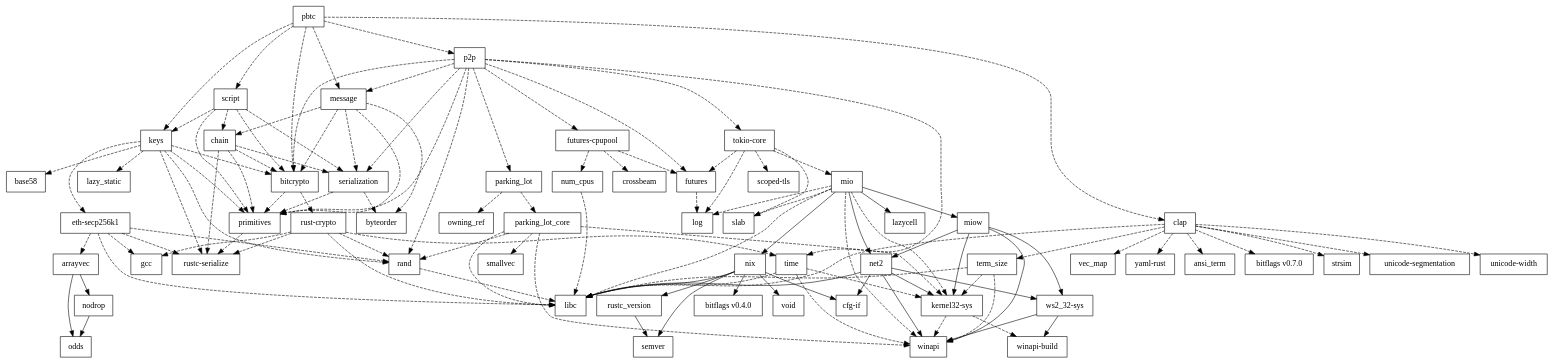
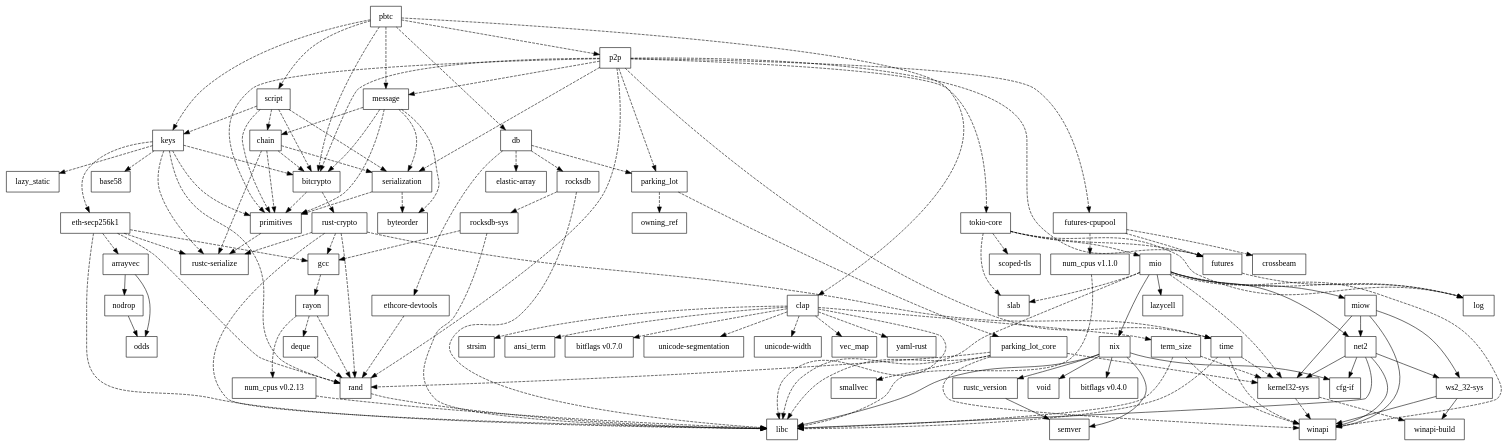
Before and after one commit to paritytech/parity-bitcoin: the diagram in tools/graph.dot, drawn with Graphviz. The commit also changed 1 other file, not shown here.

Commit message:
updated dependency graph

```diff
--- a/tools/graph.dot
+++ b/tools/graph.dot
@@ -1,176 +1,200 @@
 digraph dependencies {
 	N0[label="pbtc",shape=box];
 	N1[label="bitcrypto",shape=box];
 	N2[label="clap",shape=box];
-	N3[label="keys",shape=box];
-	N4[label="message",shape=box];
-	N5[label="p2p",shape=box];
-	N6[label="script",shape=box];
-	N7[label="ansi_term",shape=box];
-	N8[label="arrayvec",shape=box];
-	N9[label="nodrop",shape=box];
-	N10[label="odds",shape=box];
-	N11[label="base58",shape=box];
-	N12[label="primitives",shape=box];
-	N13[label="rust-crypto",shape=box];
-	N14[label="bitflags v0.4.0",shape=box];
-	N15[label="bitflags v0.7.0",shape=box];
-	N16[label="byteorder",shape=box];
-	N17[label="cfg-if",shape=box];
-	N18[label="chain",shape=box];
-	N19[label="rustc-serialize",shape=box];
-	N20[label="serialization",shape=box];
-	N21[label="libc",shape=box];
-	N22[label="strsim",shape=box];
-	N23[label="term_size",shape=box];
-	N24[label="unicode-segmentation",shape=box];
-	N25[label="unicode-width",shape=box];
-	N26[label="vec_map",shape=box];
-	N27[label="yaml-rust",shape=box];
-	N28[label="crossbeam",shape=box];
-	N29[label="eth-secp256k1",shape=box];
-	N30[label="gcc",shape=box];
-	N31[label="rand",shape=box];
-	N32[label="futures",shape=box];
-	N33[label="log",shape=box];
-	N34[label="futures-cpupool",shape=box];
-	N35[label="num_cpus",shape=box];
-	N36[label="kernel32-sys",shape=box];
-	N37[label="winapi",shape=box];
-	N38[label="winapi-build",shape=box];
-	N39[label="lazy_static",shape=box];
-	N40[label="lazycell",shape=box];
-	N41[label="mio",shape=box];
-	N42[label="miow",shape=box];
-	N43[label="net2",shape=box];
-	N44[label="nix",shape=box];
-	N45[label="slab",shape=box];
-	N46[label="ws2_32-sys",shape=box];
-	N47[label="rustc_version",shape=box];
-	N48[label="semver",shape=box];
-	N49[label="void",shape=box];
-	N50[label="owning_ref",shape=box];
-	N51[label="parking_lot",shape=box];
-	N52[label="time",shape=box];
-	N53[label="tokio-core",shape=box];
-	N54[label="parking_lot_core",shape=box];
-	N55[label="smallvec",shape=box];
-	N56[label="scoped-tls",shape=box];
+	N3[label="db",shape=box];
+	N4[label="keys",shape=box];
+	N5[label="message",shape=box];
+	N6[label="p2p",shape=box];
+	N7[label="script",shape=box];
+	N8[label="ansi_term",shape=box];
+	N9[label="arrayvec",shape=box];
+	N10[label="nodrop",shape=box];
+	N11[label="odds",shape=box];
+	N12[label="base58",shape=box];
+	N13[label="primitives",shape=box];
+	N14[label="rust-crypto",shape=box];
+	N15[label="bitflags v0.4.0",shape=box];
+	N16[label="bitflags v0.7.0",shape=box];
+	N17[label="byteorder",shape=box];
+	N18[label="cfg-if",shape=box];
+	N19[label="chain",shape=box];
+	N20[label="rustc-serialize",shape=box];
+	N21[label="serialization",shape=box];
+	N22[label="libc",shape=box];
+	N23[label="strsim",shape=box];
+	N24[label="term_size",shape=box];
+	N25[label="unicode-segmentation",shape=box];
+	N26[label="unicode-width",shape=box];
+	N27[label="vec_map",shape=box];
+	N28[label="yaml-rust",shape=box];
+	N29[label="crossbeam",shape=box];
+	N30[label="elastic-array",shape=box];
+	N31[label="ethcore-devtools",shape=box];
+	N32[label="parking_lot",shape=box];
+	N33[label="rocksdb",shape=box];
+	N34[label="deque",shape=box];
+	N35[label="rand",shape=box];
+	N36[label="eth-secp256k1",shape=box];
+	N37[label="gcc",shape=box];
+	N38[label="futures",shape=box];
+	N39[label="log",shape=box];
+	N40[label="futures-cpupool",shape=box];
+	N41[label="num_cpus v1.1.0",shape=box];
+	N42[label="rayon",shape=box];
+	N43[label="kernel32-sys",shape=box];
+	N44[label="winapi",shape=box];
+	N45[label="winapi-build",shape=box];
+	N46[label="lazy_static",shape=box];
+	N47[label="lazycell",shape=box];
+	N48[label="mio",shape=box];
+	N49[label="miow",shape=box];
+	N50[label="net2",shape=box];
+	N51[label="nix",shape=box];
+	N52[label="slab",shape=box];
+	N53[label="ws2_32-sys",shape=box];
+	N54[label="rustc_version",shape=box];
+	N55[label="semver",shape=box];
+	N56[label="void",shape=box];
+	N57[label="num_cpus v0.2.13",shape=box];
+	N58[label="owning_ref",shape=box];
+	N59[label="time",shape=box];
+	N60[label="tokio-core",shape=box];
+	N61[label="parking_lot_core",shape=box];
+	N62[label="smallvec",shape=box];
+	N63[label="rocksdb-sys",shape=box];
+	N64[label="scoped-tls",shape=box];
 	N0 -> N1[label="",style=dashed];
 	N0 -> N2[label="",style=dashed];
 	N0 -> N3[label="",style=dashed];
 	N0 -> N4[label="",style=dashed];
 	N0 -> N5[label="",style=dashed];
 	N0 -> N6[label="",style=dashed];
-	N1 -> N12[label="",style=dashed];
+	N0 -> N7[label="",style=dashed];
 	N1 -> N13[label="",style=dashed];
-	N2 -> N7[label="",style=dashed];
-	N2 -> N15[label="",style=dashed];
-	N2 -> N21[label="",style=dashed];
+	N1 -> N14[label="",style=dashed];
+	N2 -> N8[label="",style=dashed];
+	N2 -> N16[label="",style=dashed];
 	N2 -> N22[label="",style=dashed];
 	N2 -> N23[label="",style=dashed];
 	N2 -> N24[label="",style=dashed];
 	N2 -> N25[label="",style=dashed];
 	N2 -> N26[label="",style=dashed];
 	N2 -> N27[label="",style=dashed];
-	N3 -> N1[label="",style=dashed];
-	N3 -> N11[label="",style=dashed];
-	N3 -> N12[label="",style=dashed];
-	N3 -> N19[label="",style=dashed];
-	N3 -> N29[label="",style=dashed];
+	N2 -> N28[label="",style=dashed];
+	N3 -> N30[label="",style=dashed];
 	N3 -> N31[label="",style=dashed];
-	N3 -> N39[label="",style=dashed];
+	N3 -> N32[label="",style=dashed];
+	N3 -> N33[label="",style=dashed];
 	N4 -> N1[label="",style=dashed];
 	N4 -> N12[label="",style=dashed];
-	N4 -> N16[label="",style=dashed];
-	N4 -> N18[label="",style=dashed];
+	N4 -> N13[label="",style=dashed];
 	N4 -> N20[label="",style=dashed];
+	N4 -> N35[label="",style=dashed];
+	N4 -> N36[label="",style=dashed];
+	N4 -> N46[label="",style=dashed];
 	N5 -> N1[label="",style=dashed];
-	N5 -> N4[label="",style=dashed];
-	N5 -> N12[label="",style=dashed];
-	N5 -> N20[label="",style=dashed];
-	N5 -> N31[label="",style=dashed];
-	N5 -> N32[label="",style=dashed];
-	N5 -> N34[label="",style=dashed];
-	N5 -> N51[label="",style=dashed];
-	N5 -> N52[label="",style=dashed];
-	N5 -> N53[label="",style=dashed];
+	N5 -> N13[label="",style=dashed];
+	N5 -> N17[label="",style=dashed];
+	N5 -> N19[label="",style=dashed];
+	N5 -> N21[label="",style=dashed];
 	N6 -> N1[label="",style=dashed];
-	N6 -> N3[label="",style=dashed];
-	N6 -> N12[label="",style=dashed];
-	N6 -> N18[label="",style=dashed];
-	N6 -> N20[label="",style=dashed];
-	N8 -> N9[label=""];
-	N8 -> N10[label=""];
+	N6 -> N5[label="",style=dashed];
+	N6 -> N13[label="",style=dashed];
+	N6 -> N21[label="",style=dashed];
+	N6 -> N32[label="",style=dashed];
+	N6 -> N35[label="",style=dashed];
+	N6 -> N38[label="",style=dashed];
+	N6 -> N40[label="",style=dashed];
+	N6 -> N59[label="",style=dashed];
+	N6 -> N60[label="",style=dashed];
+	N7 -> N1[label="",style=dashed];
+	N7 -> N4[label="",style=dashed];
+	N7 -> N13[label="",style=dashed];
+	N7 -> N19[label="",style=dashed];
+	N7 -> N21[label="",style=dashed];
 	N9 -> N10[label=""];
-	N12 -> N19[label="",style=dashed];
-	N13 -> N19[label="",style=dashed];
-	N13 -> N21[label="",style=dashed];
-	N13 -> N30[label="",style=dashed];
-	N13 -> N31[label="",style=dashed];
-	N13 -> N52[label="",style=dashed];
-	N18 -> N1[label="",style=dashed];
-	N18 -> N12[label="",style=dashed];
-	N18 -> N19[label="",style=dashed];
-	N18 -> N20[label="",style=dashed];
-	N20 -> N12[label="",style=dashed];
-	N20 -> N16[label="",style=dashed];
-	N23 -> N21[label="",style=dashed];
-	N23 -> N36[label="",style=dashed];
-	N23 -> N37[label="",style=dashed];
-	N29 -> N8[label="",style=dashed];
-	N29 -> N19[label="",style=dashed];
-	N29 -> N21[label="",style=dashed];
-	N29 -> N30[label="",style=dashed];
-	N29 -> N31[label="",style=dashed];
-	N31 -> N21[label="",style=dashed];
-	N32 -> N33[label="",style=dashed];
-	N34 -> N28[label="",style=dashed];
-	N34 -> N32[label="",style=dashed];
+	N9 -> N11[label=""];
+	N10 -> N11[label=""];
+	N13 -> N20[label="",style=dashed];
+	N14 -> N20[label="",style=dashed];
+	N14 -> N22[label="",style=dashed];
+	N14 -> N35[label="",style=dashed];
+	N14 -> N37[label="",style=dashed];
+	N14 -> N59[label="",style=dashed];
+	N19 -> N1[label="",style=dashed];
+	N19 -> N13[label="",style=dashed];
+	N19 -> N20[label="",style=dashed];
+	N19 -> N21[label="",style=dashed];
+	N21 -> N13[label="",style=dashed];
+	N21 -> N17[label="",style=dashed];
+	N24 -> N22[label="",style=dashed];
+	N24 -> N43[label="",style=dashed];
+	N24 -> N44[label="",style=dashed];
+	N31 -> N35[label="",style=dashed];
+	N32 -> N58[label="",style=dashed];
+	N32 -> N61[label="",style=dashed];
+	N33 -> N22[label="",style=dashed];
+	N33 -> N63[label="",style=dashed];
 	N34 -> N35[label="",style=dashed];
-	N35 -> N21[label="",style=dashed];
+	N35 -> N22[label="",style=dashed];
+	N36 -> N9[label="",style=dashed];
+	N36 -> N20[label="",style=dashed];
+	N36 -> N22[label="",style=dashed];
+	N36 -> N35[label="",style=dashed];
 	N36 -> N37[label="",style=dashed];
-	N36 -> N38[label="",style=dashed];
-	N41 -> N21[label="",style=dashed];
-	N41 -> N33[label="",style=dashed];
-	N41 -> N36[label="",style=dashed];
-	N41 -> N37[label="",style=dashed];
-	N41 -> N40[label=""];
-	N41 -> N42[label=""];
-	N41 -> N43[label=""];
-	N41 -> N44[label=""];
-	N41 -> N45[label="",style=dashed];
-	N42 -> N36[label=""];
-	N42 -> N37[label=""];
-	N42 -> N43[label=""];
-	N42 -> N46[label=""];
-	N43 -> N17[label=""];
-	N43 -> N21[label=""];
-	N43 -> N36[label=""];
-	N43 -> N37[label=""];
-	N43 -> N46[label=""];
-	N44 -> N14[label=""];
-	N44 -> N17[label=""];
-	N44 -> N21[label=""];
-	N44 -> N47[label=""];
-	N44 -> N48[label=""];
-	N44 -> N49[label=""];
-	N46 -> N37[label=""];
-	N46 -> N38[label=""];
-	N47 -> N48[label=""];
-	N51 -> N50[label="",style=dashed];
-	N51 -> N54[label="",style=dashed];
-	N52 -> N21[label="",style=dashed];
-	N52 -> N36[label="",style=dashed];
-	N52 -> N37[label="",style=dashed];
-	N53 -> N32[label="",style=dashed];
-	N53 -> N33[label="",style=dashed];
-	N53 -> N41[label="",style=dashed];
-	N53 -> N45[label="",style=dashed];
-	N53 -> N56[label="",style=dashed];
-	N54 -> N21[label="",style=dashed];
-	N54 -> N31[label="",style=dashed];
-	N54 -> N36[label="",style=dashed];
-	N54 -> N37[label="",style=dashed];
-	N54 -> N55[label="",style=dashed];
+	N37 -> N42[label="",style=dashed];
+	N38 -> N39[label="",style=dashed];
+	N40 -> N29[label="",style=dashed];
+	N40 -> N38[label="",style=dashed];
+	N40 -> N41[label="",style=dashed];
+	N41 -> N22[label="",style=dashed];
+	N42 -> N34[label="",style=dashed];
+	N42 -> N35[label="",style=dashed];
+	N42 -> N57[label="",style=dashed];
+	N43 -> N44[label="",style=dashed];
+	N43 -> N45[label="",style=dashed];
+	N48 -> N22[label="",style=dashed];
+	N48 -> N39[label="",style=dashed];
+	N48 -> N43[label="",style=dashed];
+	N48 -> N44[label="",style=dashed];
+	N48 -> N47[label=""];
+	N48 -> N49[label=""];
+	N48 -> N50[label=""];
+	N48 -> N51[label=""];
+	N48 -> N52[label="",style=dashed];
+	N49 -> N43[label=""];
+	N49 -> N44[label=""];
+	N49 -> N50[label=""];
+	N49 -> N53[label=""];
+	N50 -> N18[label=""];
+	N50 -> N22[label=""];
+	N50 -> N43[label=""];
+	N50 -> N44[label=""];
+	N50 -> N53[label=""];
+	N51 -> N15[label=""];
+	N51 -> N18[label=""];
+	N51 -> N22[label=""];
+	N51 -> N54[label=""];
+	N51 -> N55[label=""];
+	N51 -> N56[label=""];
+	N53 -> N44[label=""];
+	N53 -> N45[label=""];
+	N54 -> N55[label=""];
+	N57 -> N22[label="",style=dashed];
+	N59 -> N22[label="",style=dashed];
+	N59 -> N43[label="",style=dashed];
+	N59 -> N44[label="",style=dashed];
+	N60 -> N38[label="",style=dashed];
+	N60 -> N39[label="",style=dashed];
+	N60 -> N48[label="",style=dashed];
+	N60 -> N52[label="",style=dashed];
+	N60 -> N64[label="",style=dashed];
+	N61 -> N22[label="",style=dashed];
+	N61 -> N35[label="",style=dashed];
+	N61 -> N43[label="",style=dashed];
+	N61 -> N44[label="",style=dashed];
+	N61 -> N62[label="",style=dashed];
+	N63 -> N22[label="",style=dashed];
+	N63 -> N37[label="",style=dashed];
 }
```
